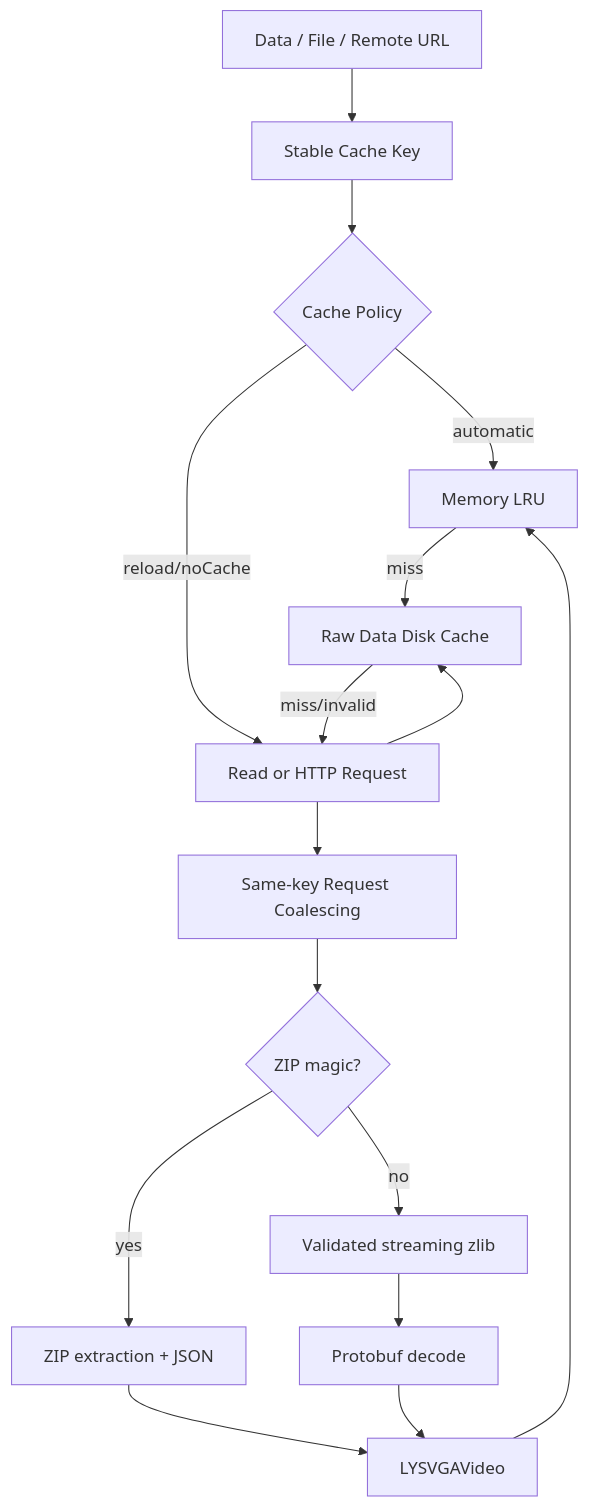
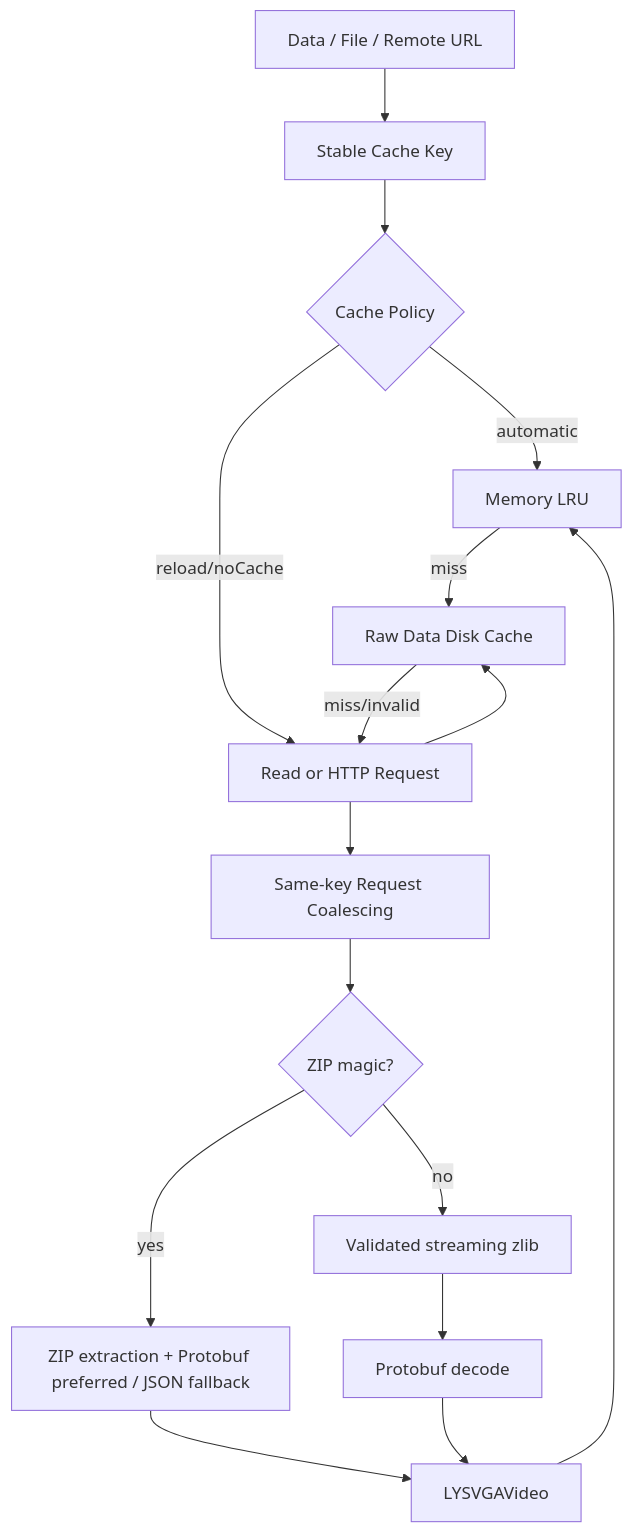
Before and after one commit to KahnLi-lyc/LYSVGAPlayer: the second of 4 diagrams in docs/ARCHITECTURE.md, drawn with Mermaid. The commit also changed other lines of this file and 33 other files, not shown here.

````diff
--- a/docs/ARCHITECTURE.md
+++ b/docs/ARCHITECTURE.md
@@ -59,18 +59,18 @@
 ```mermaid
 flowchart TD
     Source["Data / File / Remote URL"] --> Key["Stable Cache Key"]
     Key --> Policy{"Cache Policy"}
     Policy -->|automatic| Memory["Memory LRU"]
     Memory -->|miss| Disk["Raw Data Disk Cache"]
     Policy -->|reload/noCache| Request["Read or HTTP Request"]
     Disk -->|miss/invalid| Request
     Request --> Merge["Same-key Request Coalescing"]
     Merge --> Detect{"ZIP magic?"}
-    Detect -->|yes| ZIP["ZIP extraction + JSON"]
+    Detect -->|yes| ZIP["ZIP extraction + Protobuf preferred / JSON fallback"]
     Detect -->|no| Zlib["Validated streaming zlib"]
     Zlib --> Proto["Protobuf decode"]
     ZIP --> Model["LYSVGAVideo"]
     Proto --> Model
     Model --> Memory
     Request --> Disk
 ```
````
